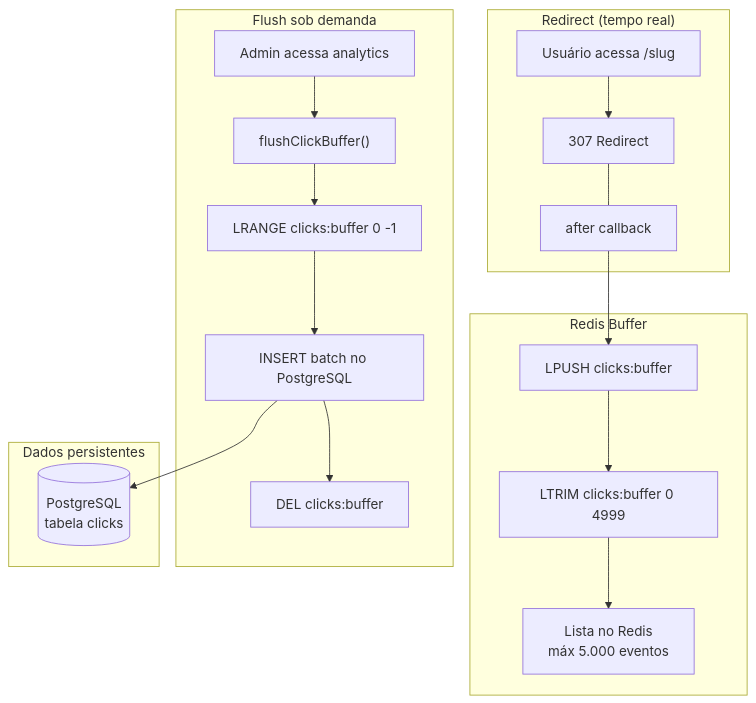
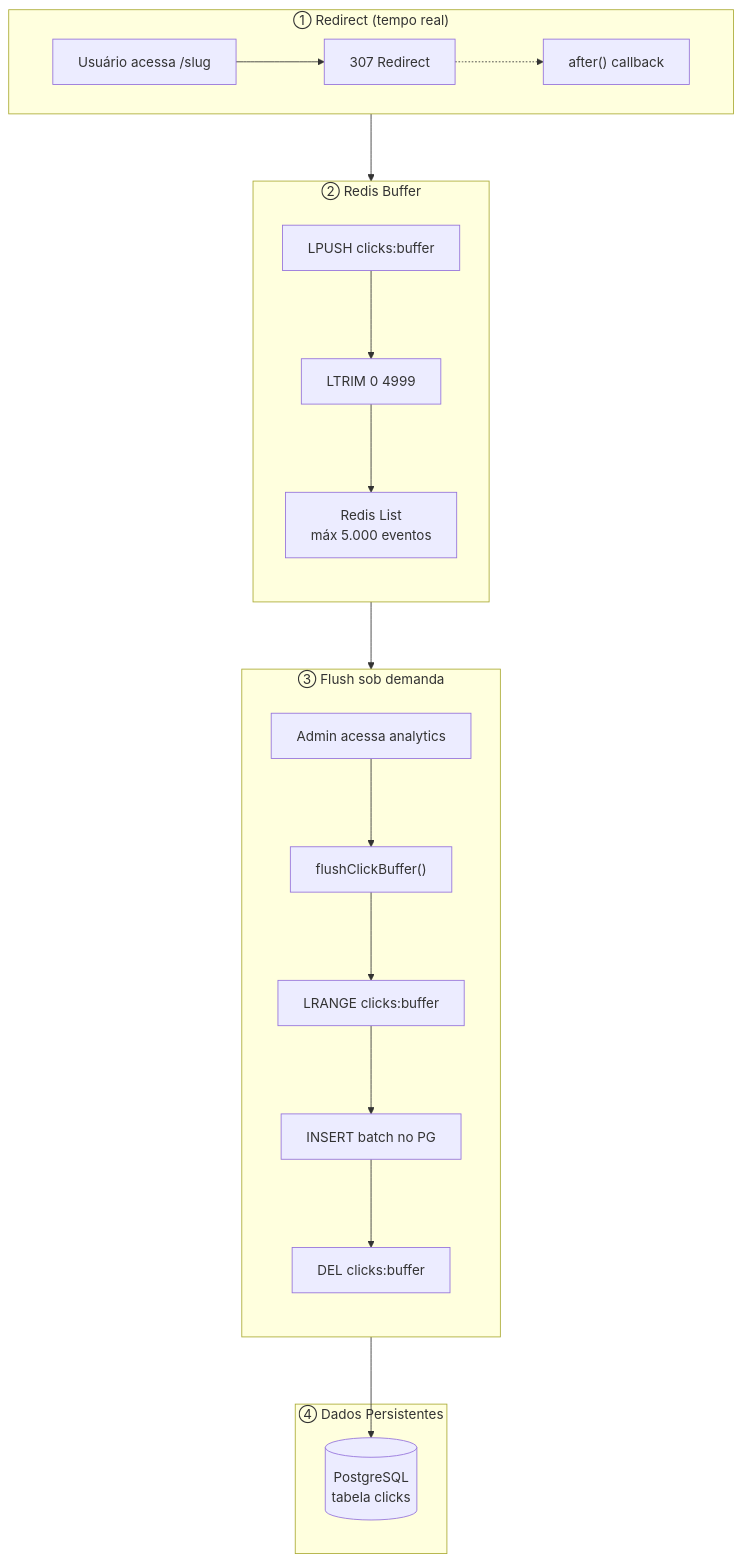
Before and after one commit to eduardoaugustolb/encurtador-url: the first of 3 diagrams in docs/processos-background.md, drawn with Mermaid. The commit also changed other lines of this file and 3 other files, not shown here.

Commit message:
docs: reorganize mermaid diagrams with spacing, autonumber, and color-coded phases

````diff
--- a/docs/processos-background.md
+++ b/docs/processos-background.md
@@ -7,25 +7,31 @@
 ```mermaid
+%%{init: {'flowchart': {'nodeSpacing': 50, 'rankSpacing': 80}}}%%
 flowchart TB
-    subgraph "Redirect (tempo real)"
+    subgraph Redirect["① Redirect (tempo real)"]
+        direction LR
         A["Usuário acessa /slug"] --> B["307 Redirect"]
-        B --- C["after callback"]
+        B -.-> C["after() callback"]
     end
 
-    subgraph "Redis Buffer"
+    subgraph Buffer["② Redis Buffer"]
+        direction TB
         C --> D["LPUSH clicks:buffer"]
-        D --> E["LTRIM clicks:buffer 0 4999"]
-        E --> F["Lista no Redis<br/>máx 5.000 eventos"]
+        D --> E["LTRIM 0 4999"]
+        E --> F["Redis List<br/>máx 5.000 eventos"]
     end
 
-    subgraph "Flush sob demanda"
+    subgraph Flush["③ Flush sob demanda"]
+        direction TB
         G["Admin acessa analytics"] --> H["flushClickBuffer()"]
-        H --> I["LRANGE clicks:buffer 0 -1"]
-        I --> J["INSERT batch no PostgreSQL"]
+        H --> I["LRANGE clicks:buffer"]
+        I --> J["INSERT batch no PG"]
         J --> K["DEL clicks:buffer"]
     end
 
-    subgraph "Dados persistentes"
+    subgraph Storage["④ Dados Persistentes"]
         L[("PostgreSQL<br/>tabela clicks")]
-        J --> L
     end
+
+    F --> H
+    K --> L
 ```
````
